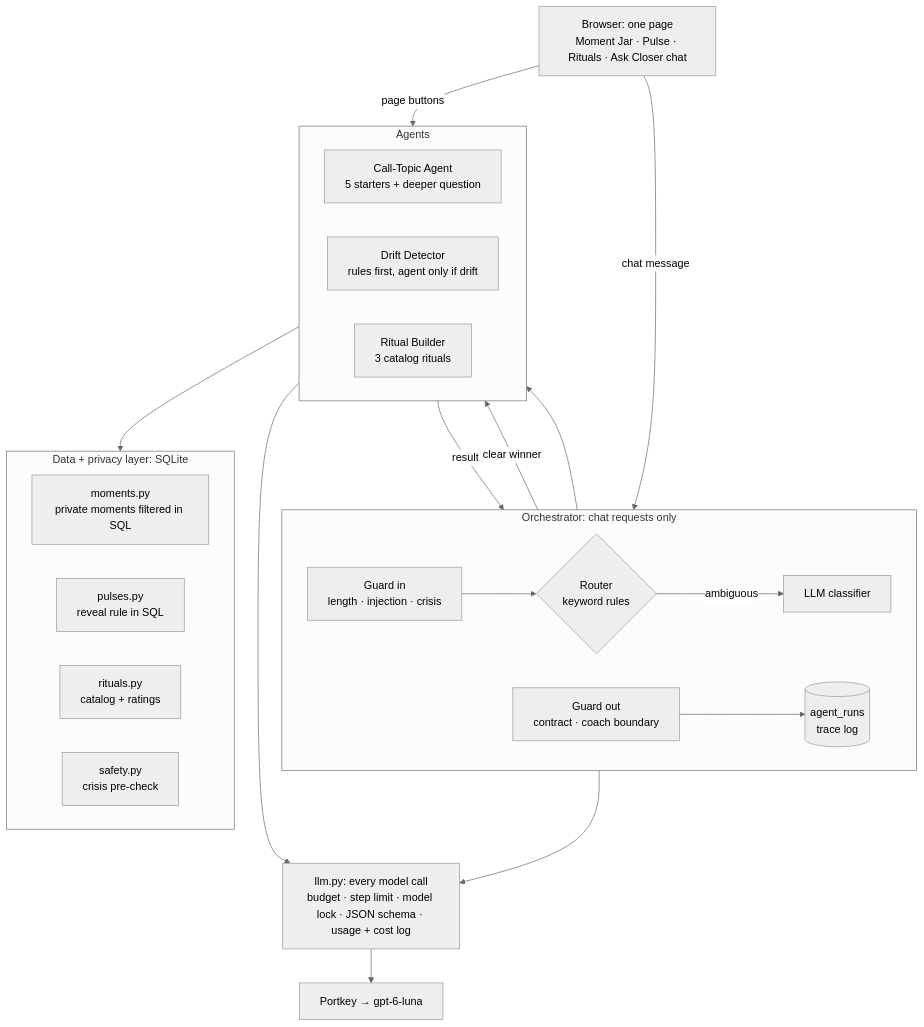
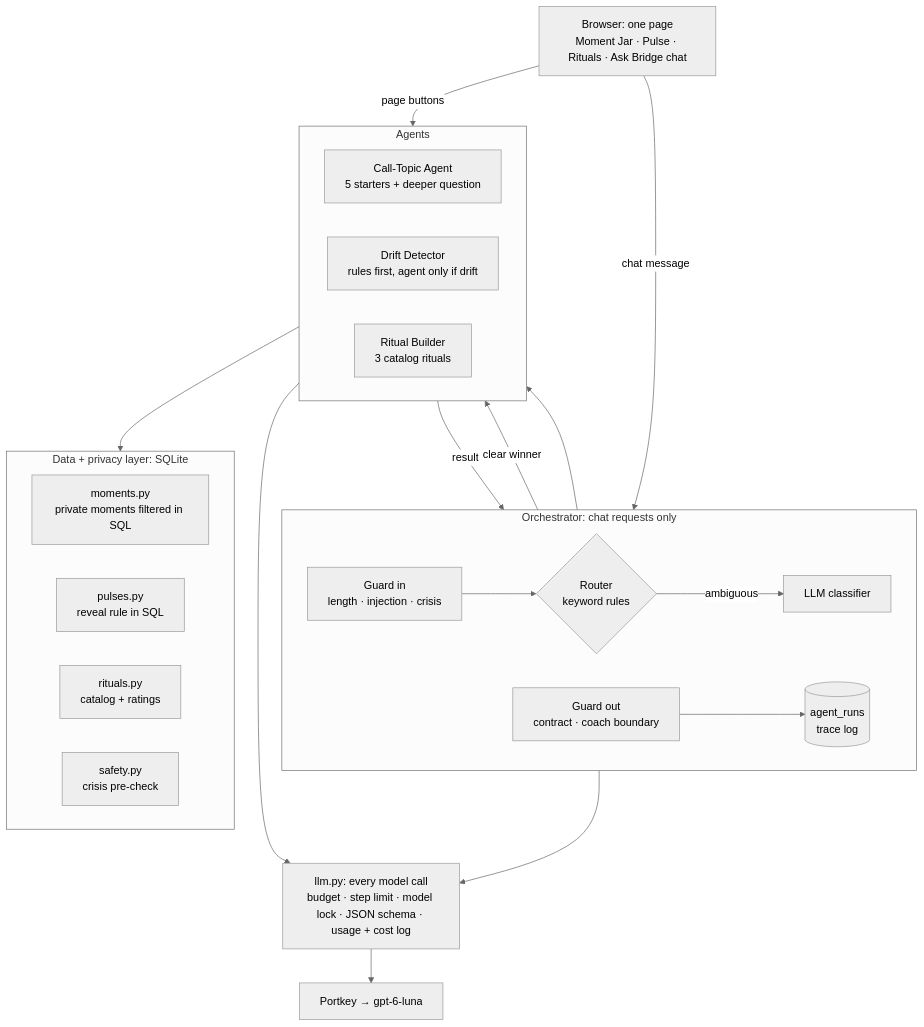
Before and after one commit to sayasivaram/bridge: the first of 2 diagrams in docs/architecture.md, drawn with Mermaid (neutral theme). The commit also changed other lines of this file and 35 other files, not shown here.

First line of the commit message:
Rebrand to Bridge: logo, palette, tab icons, highlighted Ask Bridge panel

````diff
--- a/docs/architecture.md
+++ b/docs/architecture.md
@@ -10,39 +10,39 @@
 ```mermaid
 flowchart TB
-    UI["Browser: one page<br/>Moment Jar · Pulse · Rituals · Ask Closer chat"]
+    UI["Browser: one page<br/>Moment Jar · Pulse · Rituals · Ask Bridge chat"]
 
     subgraph Orch["Orchestrator: chat requests only"]
         direction LR
         GIn["Guard in<br/>length · injection · crisis"] --> Router{"Router<br/>keyword rules"}
         Router -->|ambiguous| Cls["LLM classifier"]
         GOut["Guard out<br/>contract · coach boundary"] --> Runs[("agent_runs<br/>trace log")]
     end
 
     subgraph Agents["Agents"]
         direction LR
         CT["Call-Topic Agent<br/>5 starters + deeper question"]
         DR["Drift Detector<br/>rules first, agent only if drift"]
         RB["Ritual Builder<br/>3 catalog rituals"]
     end
 
     subgraph Data["Data + privacy layer: SQLite"]
         direction LR
         MOM["moments.py<br/>private moments filtered in SQL"]
         PUL["pulses.py<br/>reveal rule in SQL"]
         RIT["rituals.py<br/>catalog + ratings"]
         SAF["safety.py<br/>crisis pre-check"]
     end
 
     LLM["llm.py: every model call<br/>budget · step limit · model lock · JSON schema · usage + cost log"]
     PK["Portkey → gpt-6-luna"]
 
     UI -->|chat message| GIn
     UI -->|page buttons| Agents
     Router -->|clear winner| Agents
     Cls --> Agents
     Agents -->|result| GOut
     Agents --> Data
     Agents --> LLM
     Cls --> LLM
     LLM --> PK
 ```
````
